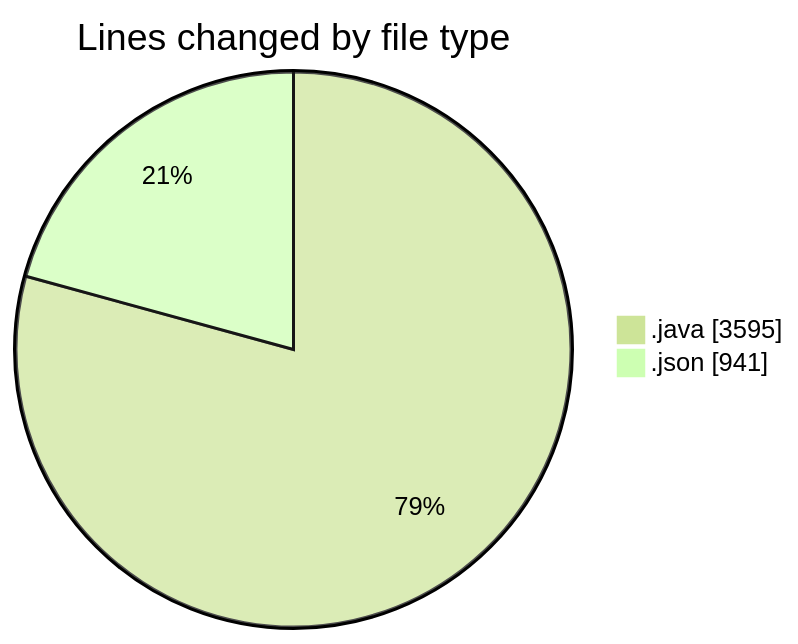
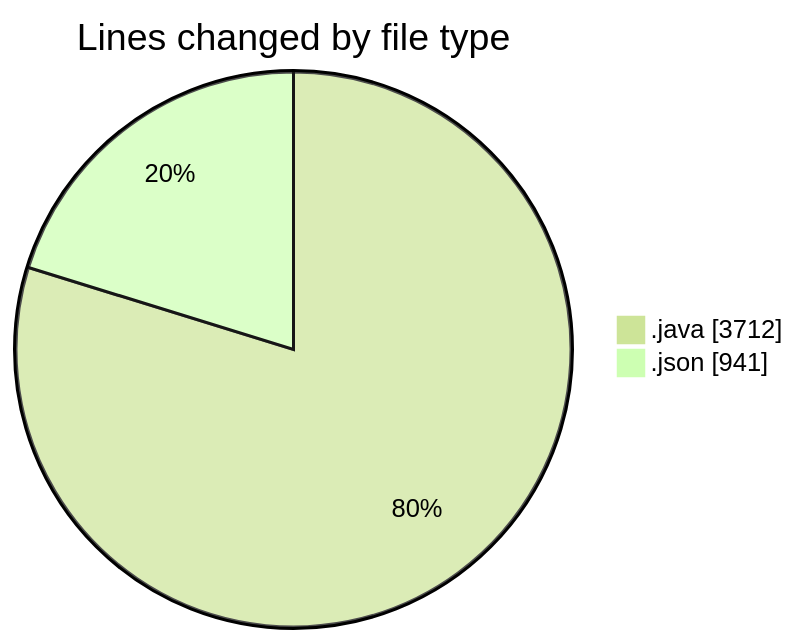
Before and after one commit to ricardozamudiocil/code-tracking: the first of 2 diagrams in 2026-04-28/cilapp/README.md, drawn with Mermaid (forest theme). The commit also changed other lines of this file and 1 other file, not shown here.

````diff
--- a/2026-04-28/cilapp/README.md
+++ b/2026-04-28/cilapp/README.md
@@ -24,6 +24,6 @@
 ```mermaid
 pie showData
 title Lines changed by file type
-".java" : 3595
+".java" : 3712
 ".json" : 941
 ```
````
